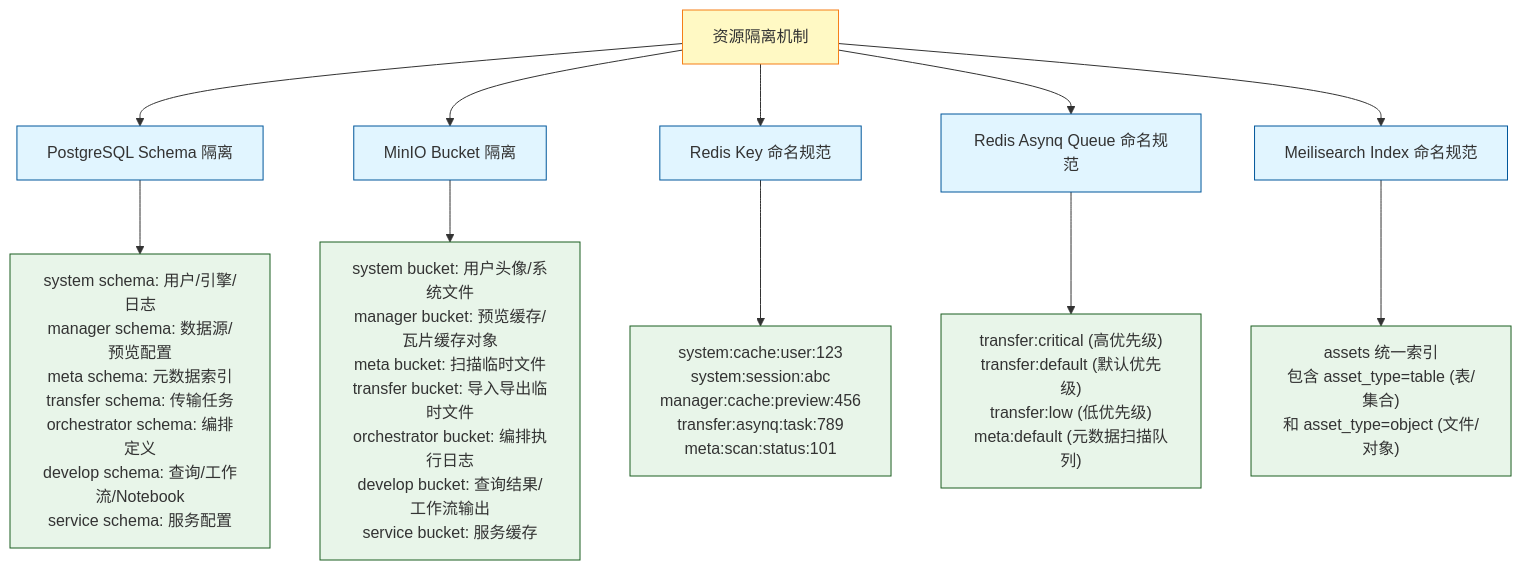
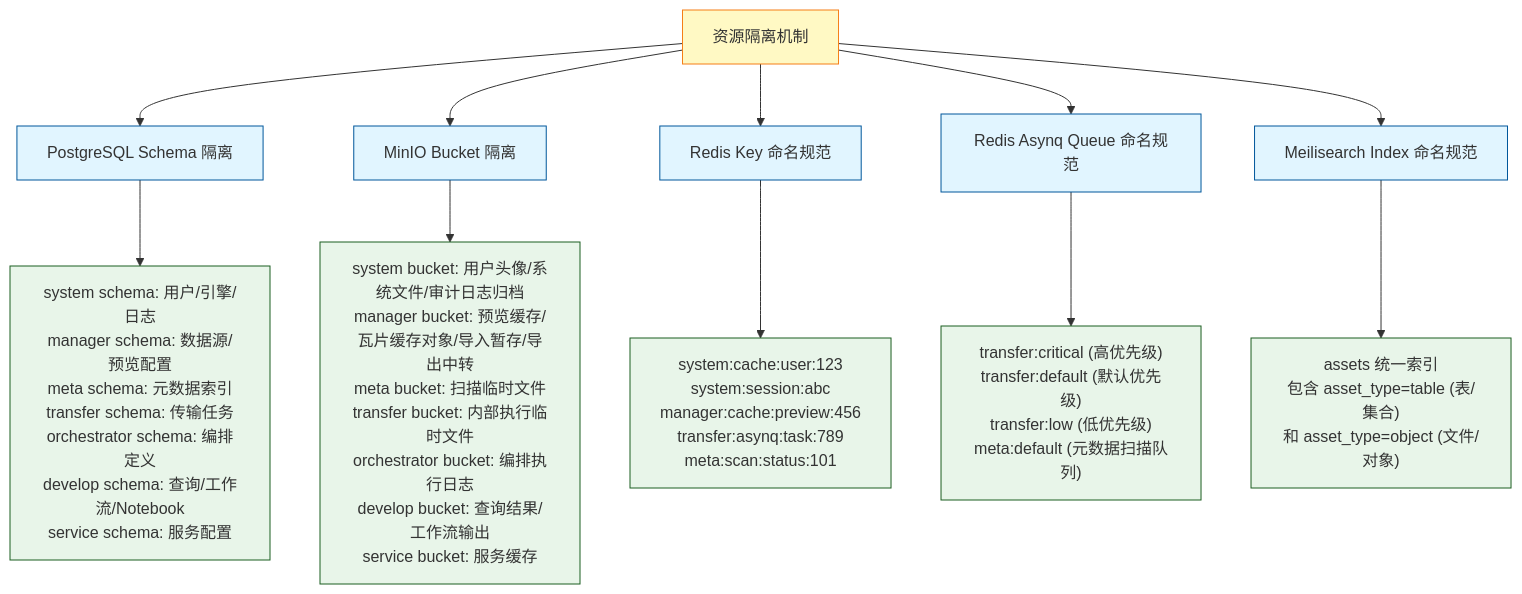
Before and after one commit to pampa0629/addp: the second of 2 diagrams in docs/concepts/addp基础设施隔离图.md, drawn with Mermaid. The commit also changed other lines of this file and 402 other files, not shown here.

````diff
--- a/docs/concepts/addp基础设施隔离图.md
+++ b/docs/concepts/addp基础设施隔离图.md
@@ -123,28 +123,28 @@
 ```mermaid
 graph TB
     Isolation[资源隔离机制]
 
     Isolation --> PG[PostgreSQL Schema 隔离]
     Isolation --> MinIOIso[MinIO Bucket 隔离]
     Isolation --> RedisIso[Redis Key 命名规范]
     Isolation --> AsynqIso[Redis Asynq Queue 命名规范]
     Isolation --> MeiliIso[Meilisearch Index 命名规范]
 
     PG --> PGEx["system schema: 用户/引擎/日志<br/>manager schema: 数据源/预览配置<br/>meta schema: 元数据索引<br/>transfer schema: 传输任务<br/>orchestrator schema: 编排定义<br/>develop schema: 查询/工作流/Notebook<br/>service schema: 服务配置"]
 
-    MinIOIso --> MinIOEx["system bucket: 用户头像/系统文件<br/>manager bucket: 预览缓存/瓦片缓存对象<br/>meta bucket: 扫描临时文件<br/>transfer bucket: 导入导出临时文件<br/>orchestrator bucket: 编排执行日志<br/>develop bucket: 查询结果/工作流输出<br/>service bucket: 服务缓存"]
+    MinIOIso --> MinIOEx["system bucket: 用户头像/系统文件/审计日志归档<br/>manager bucket: 预览缓存/瓦片缓存对象/导入暂存/导出中转<br/>meta bucket: 扫描临时文件<br/>transfer bucket: 内部执行临时文件<br/>orchestrator bucket: 编排执行日志<br/>develop bucket: 查询结果/工作流输出<br/>service bucket: 服务缓存"]
 
     RedisIso --> RedisEx["system:cache:user:123<br/>system:session:abc<br/>manager:cache:preview:456<br/>transfer:asynq:task:789<br/>meta:scan:status:101"]
 
     AsynqIso --> AsynqEx["transfer:critical (高优先级)<br/>transfer:default (默认优先级)<br/>transfer:low (低优先级)<br/>meta:default (元数据扫描队列)"]
 
     MeiliIso --> MeiliEx["assets 统一索引<br/>包含 asset_type=table (表/集合)<br/>和 asset_type=object (文件/对象)"]
 
     classDef isolation fill:#fff9c4,stroke:#f57f17
     classDef mechanism fill:#e1f5ff,stroke:#01579b
     classDef example fill:#e8f5e9,stroke:#1b5e20
 
     class Isolation isolation
     class PG,MinIOIso,RedisIso,AsynqIso,MeiliIso mechanism
     class PGEx,MinIOEx,RedisEx,AsynqEx,MeiliEx example
 ```
````
